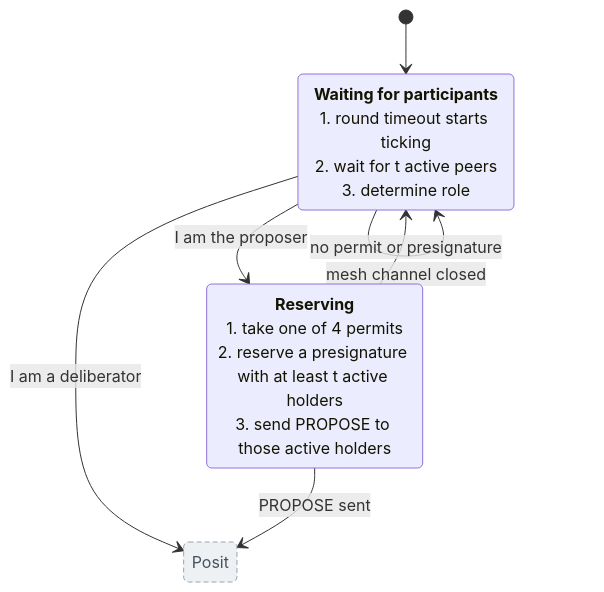
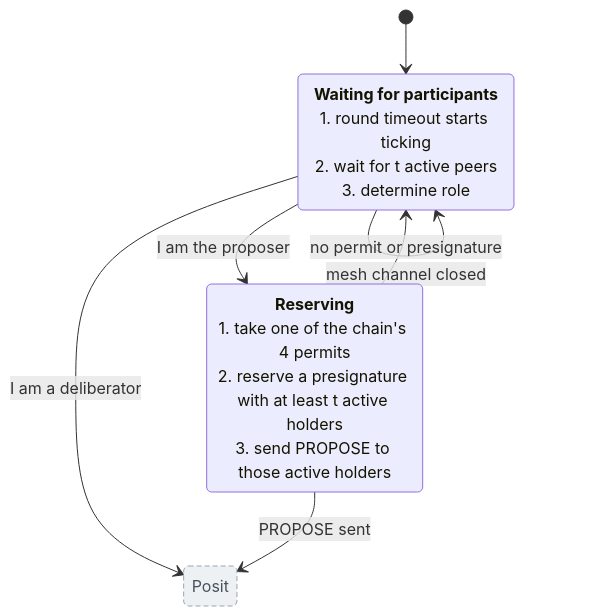
The second of 6 diagrams in doc/posit_state_machine.md (sig-net/mpc), drawn with Mermaid before and after one commit. The commit also changed other lines of this file and 1 other file, not shown here.

Commit message:
docs: sign limiter is per chain; note respawn round budget

````diff
--- a/doc/posit_state_machine.md
+++ b/doc/posit_state_machine.md
@@ -73,17 +73,17 @@
 ```mermaid
 stateDiagram-v2
     state "<b>Waiting for participants</b><br/>1. round timeout starts ticking<br/>2. wait for t active peers<br/>3. determine role" as WaitingForParticipants
-    state "<b>Reserving</b><br/>1. take one of 4 permits<br/>2. reserve a presignature with at least t active holders<br/>3. send PROPOSE to those active holders" as Reserving
+    state "<b>Reserving</b><br/>1. take one of the chain's 4 permits<br/>2. reserve a presignature with at least t active holders<br/>3. send PROPOSE to those active holders" as Reserving
     state "Posit" as PositOut
 
     [*] --> WaitingForParticipants
     WaitingForParticipants --> Reserving: I am the proposer
     WaitingForParticipants --> PositOut: I am a deliberator
     Reserving --> PositOut: PROPOSE sent
 
     WaitingForParticipants --> WaitingForParticipants: mesh channel closed
     Reserving --> WaitingForParticipants: no permit or presignature
 
     classDef outside fill:#eef1f4,stroke:#9aa4b0,color:#48525e,stroke-dasharray:5 3
     class PositOut outside
 ```
````
